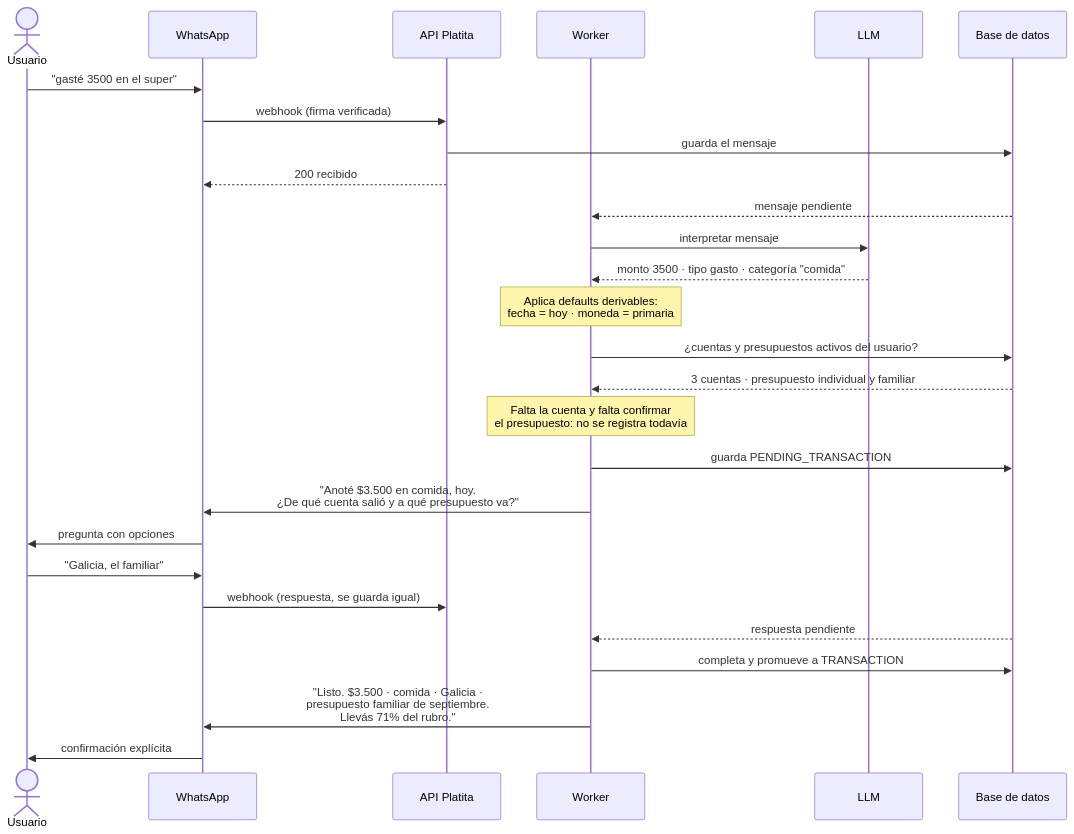
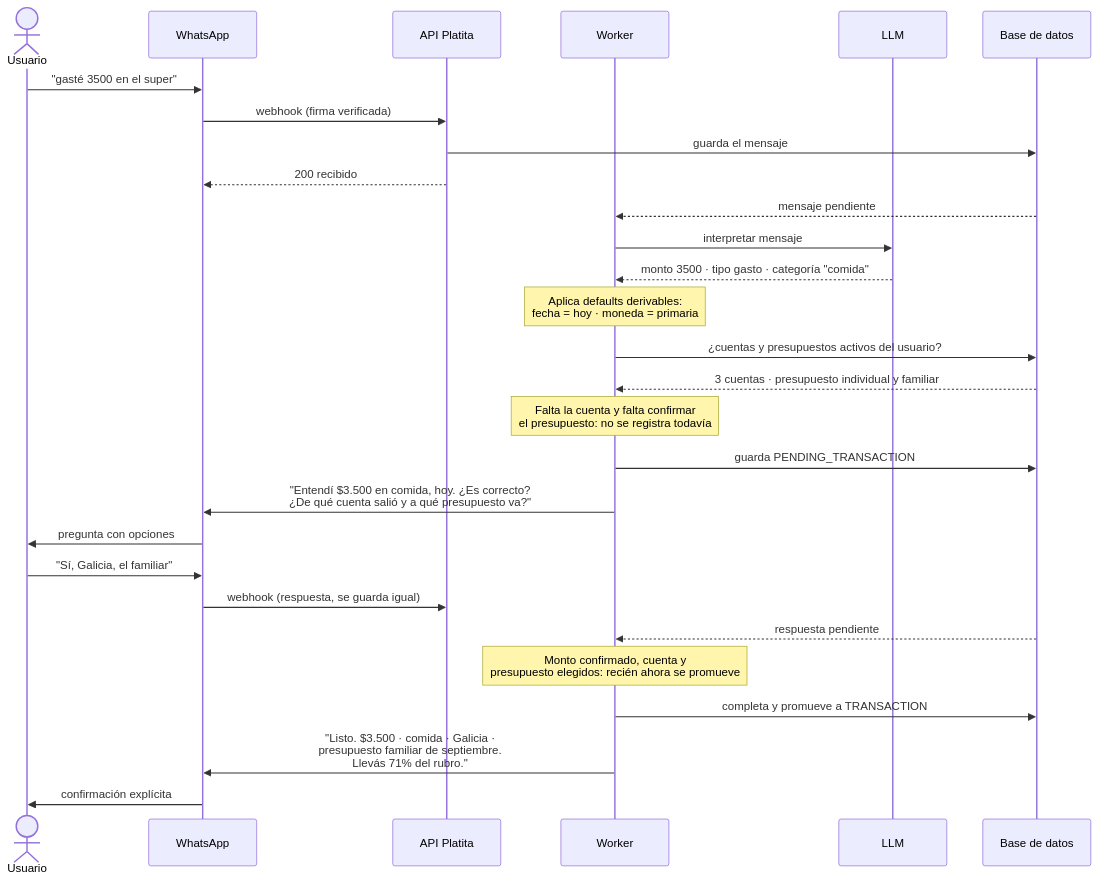
Before and after one commit to verozacarias-prog/AI4Devs-finalproject: the diagram in docs/01-producto.md, drawn with Mermaid. The commit also changed 7 other files, not shown here.

````diff
--- a/docs/01-producto.md
+++ b/docs/01-producto.md
@@ -48,30 +48,31 @@
 ```mermaid
 sequenceDiagram
     actor U as Usuario
     participant WA as WhatsApp
     participant API as API Platita
     participant W as Worker
     participant LLM as LLM
     participant DB as Base de datos
 
     U->>WA: "gasté 3500 en el super"
     WA->>API: webhook (firma verificada)
     API->>DB: guarda el mensaje
     API-->>WA: 200 recibido
     DB-->>W: mensaje pendiente
     W->>LLM: interpretar mensaje
     LLM-->>W: monto 3500 · tipo gasto · categoría "comida"
     Note over W: Aplica defaults derivables:<br/>fecha = hoy · moneda = primaria
     W->>DB: ¿cuentas y presupuestos activos del usuario?
     DB-->>W: 3 cuentas · presupuesto individual y familiar
     Note over W: Falta la cuenta y falta confirmar<br/>el presupuesto: no se registra todavía
     W->>DB: guarda PENDING_TRANSACTION
-    W->>WA: "Anoté $3.500 en comida, hoy.<br/>¿De qué cuenta salió y a qué presupuesto va?"
+    W->>WA: "Entendí $3.500 en comida, hoy. ¿Es correcto?<br/>¿De qué cuenta salió y a qué presupuesto va?"
     WA->>U: pregunta con opciones
-    U->>WA: "Galicia, el familiar"
+    U->>WA: "Sí, Galicia, el familiar"
     WA->>API: webhook (respuesta, se guarda igual)
     DB-->>W: respuesta pendiente
+    Note over W: Monto confirmado, cuenta y<br/>presupuesto elegidos: recién ahora se promueve
     W->>DB: completa y promueve a TRANSACTION
     W->>WA: "Listo. $3.500 · comida · Galicia ·<br/>presupuesto familiar de septiembre.<br/>Llevás 71% del rubro."
     WA->>U: confirmación explícita
 ```
````
